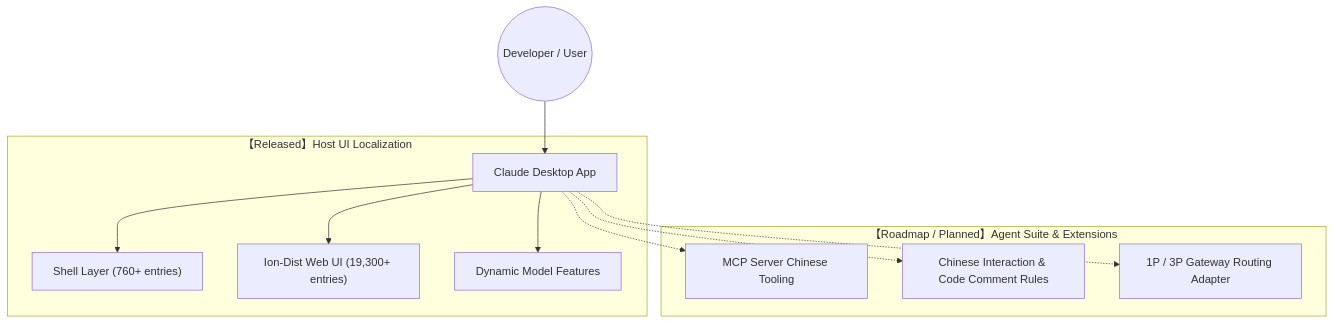
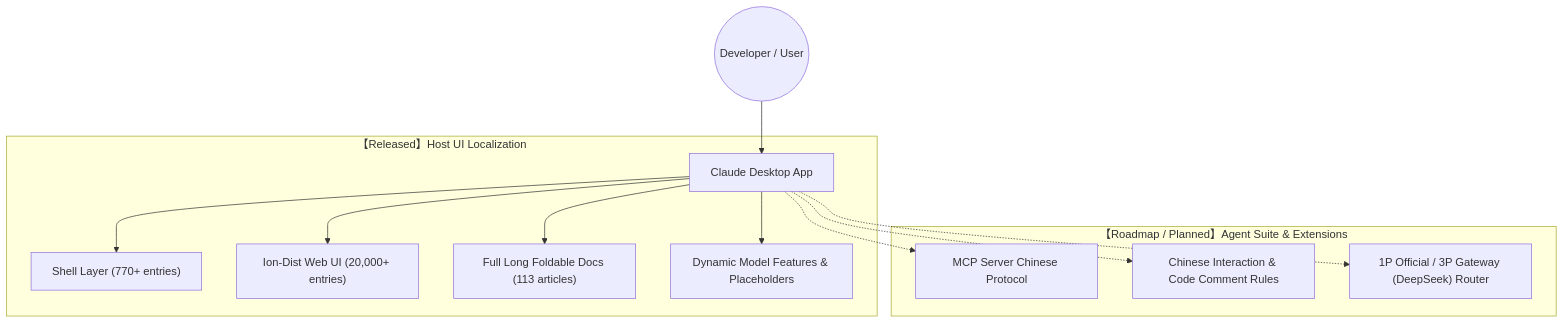
Before and after one commit to yiheng8023/claude-chinese: the first of 2 diagrams in README.en.md, drawn with Mermaid. The commit also changed other lines of this file and 1 other file, not shown here.

````diff
--- a/README.en.md
+++ b/README.en.md
@@ -36,16 +36,17 @@
 ```mermaid
 graph TD
     User((Developer / User)) --> ClaudeApp[Claude Desktop App]
     
     subgraph Mode1 ["【Released】Host UI Localization"]
-        ClaudeApp --> ShellLayer["Shell Layer (760+ entries)"]
-        ClaudeApp --> WebUILayer["Ion-Dist Web UI (19,300+ entries)"]
-        ClaudeApp --> DynamicLayer["Dynamic Model Features"]
+        ClaudeApp --> ShellLayer["Shell Layer (770+ entries)"]
+        ClaudeApp --> WebUILayer["Ion-Dist Web UI (20,000+ entries)"]
+        ClaudeApp --> LongDocsLayer["Full Long Foldable Docs (113 articles)"]
+        ClaudeApp --> DynamicLayer["Dynamic Model Features & Placeholders"]
     end
     
     subgraph Mode2 ["【Roadmap / Planned】Agent Suite & Extensions"]
-        ClaudeApp -.-> MCP["MCP Server Chinese Tooling"]
+        ClaudeApp -.-> MCP["MCP Server Chinese Protocol"]
         ClaudeApp -.-> Rules["Chinese Interaction & Code Comment Rules"]
-        ClaudeApp -.-> Switcher["1P / 3P Gateway Routing Adapter"]
+        ClaudeApp -.-> Switcher["1P Official / 3P Gateway (DeepSeek) Router"]
     end
 ```
````
